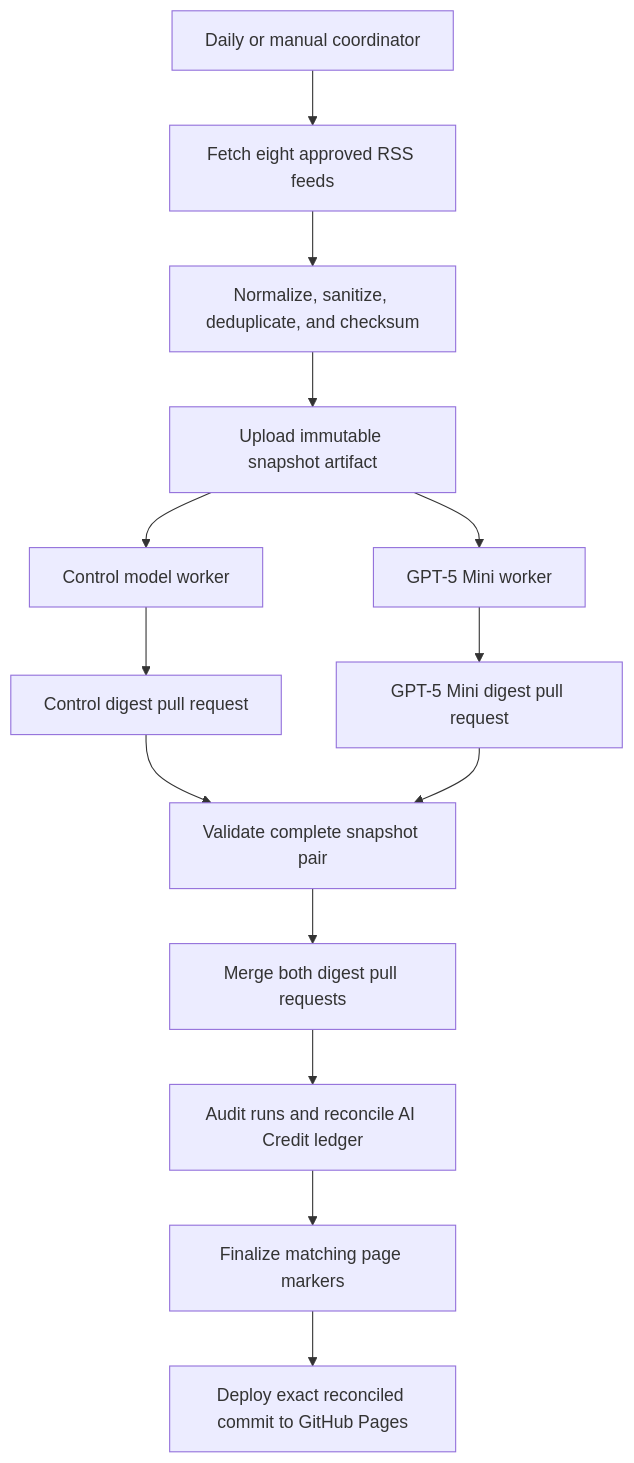
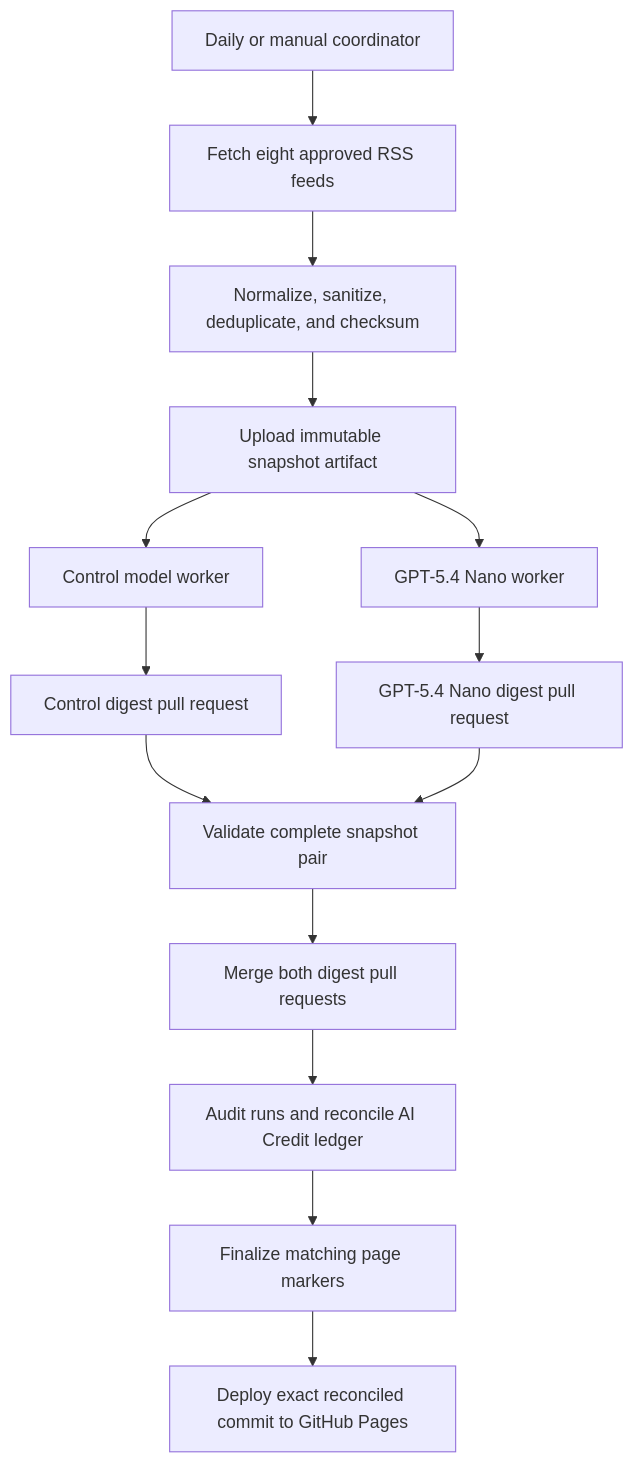
The diagram in docs/paired-model-experiment.md (elbruno/weekly-ai-news-digest), drawn with Mermaid before and after one commit. The commit also changed other lines of this file and 7 other files, not shown here.

````diff
--- a/docs/paired-model-experiment.md
+++ b/docs/paired-model-experiment.md
@@ -29,16 +29,16 @@
 ```mermaid
 flowchart TD
     A[Daily or manual coordinator] --> B[Fetch eight approved RSS feeds]
     B --> C[Normalize, sanitize, deduplicate, and checksum]
     C --> D[Upload immutable snapshot artifact]
     D --> E[Control model worker]
-    D --> F[GPT-5 Mini worker]
+    D --> F[GPT-5.4 Nano worker]
     E --> G[Control digest pull request]
-    F --> H[GPT-5 Mini digest pull request]
+    F --> H[GPT-5.4 Nano digest pull request]
     G --> I[Validate complete snapshot pair]
     H --> I
     I --> J[Merge both digest pull requests]
     J --> K[Audit runs and reconcile AI Credit ledger]
     K --> L[Finalize matching page markers]
     L --> M[Deploy exact reconciled commit to GitHub Pages]
 ```
````
